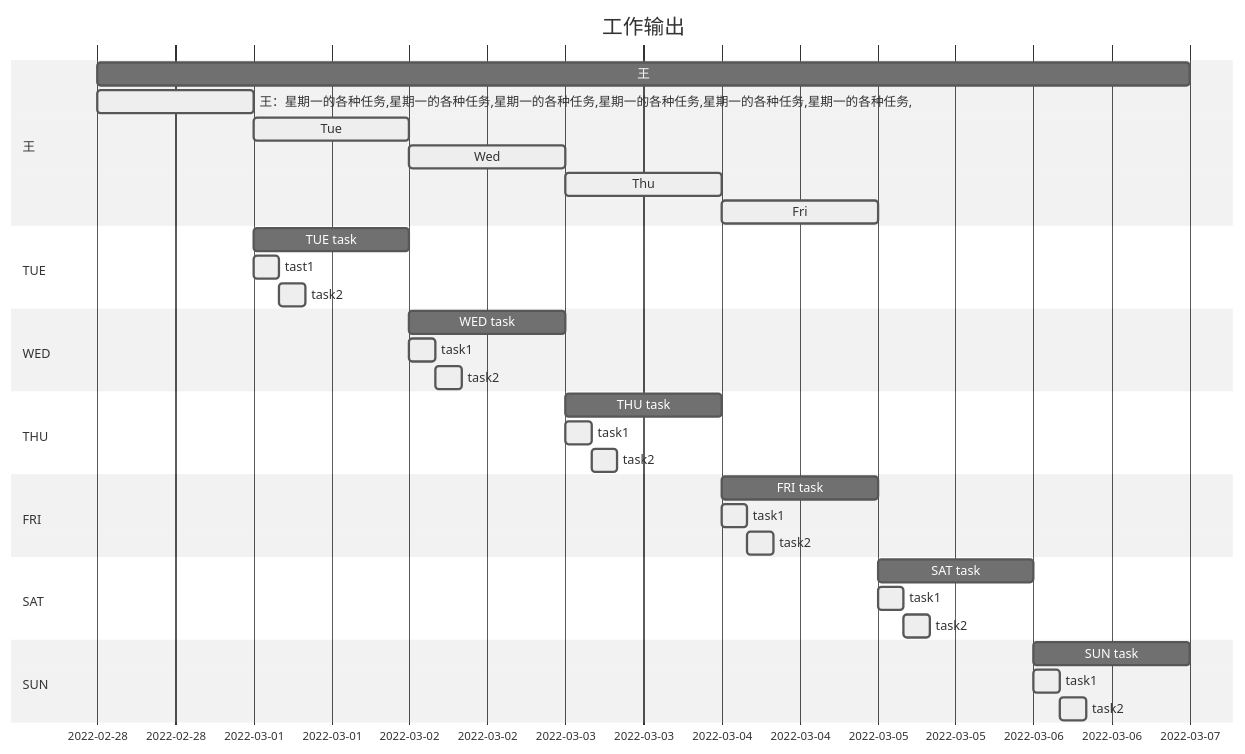
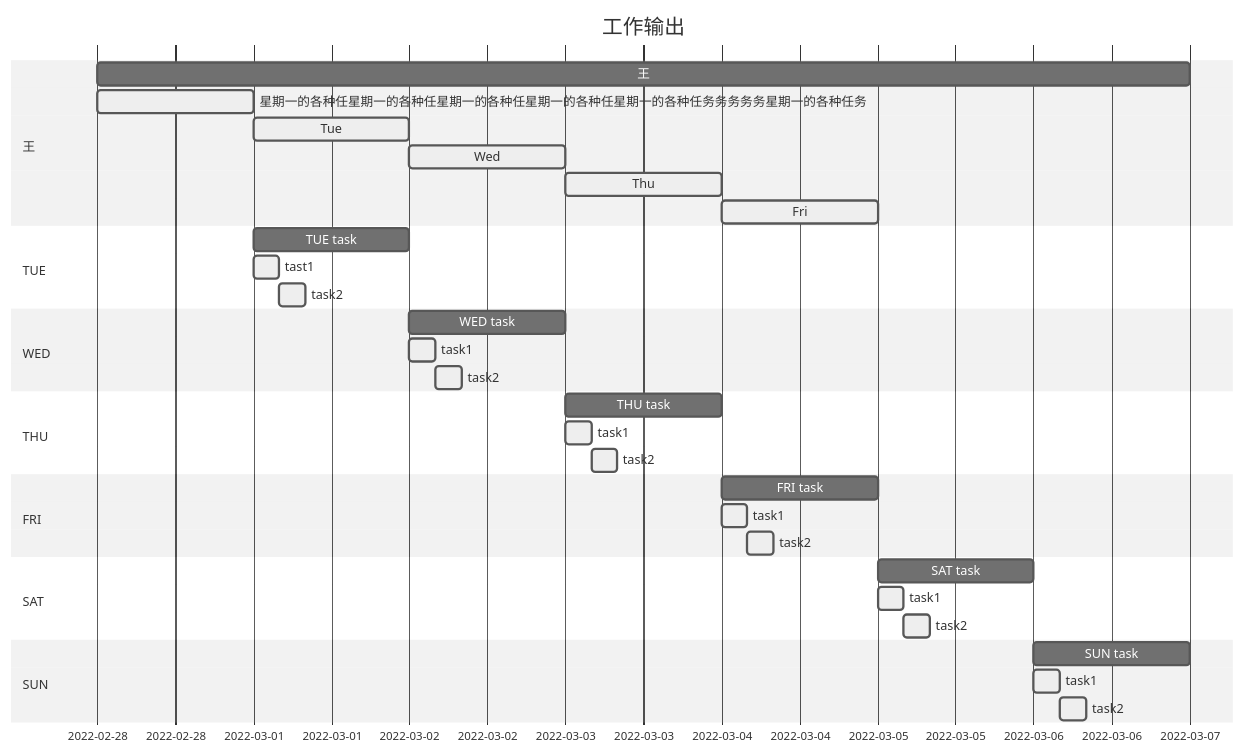
Before and after one commit to DC-Melo/README: the diagram in README.md, drawn with Mermaid (neutral theme).

````diff
--- a/README.md
+++ b/README.md
@@ -73,43 +73,43 @@
 ```mermaid
 gantt
     dateFormat  YYYY-MM-DD
     title 工作输出
 
     section 王
     王    : mon0p  , 2022-02-28 , 1w
-    王：星期一的各种任务,星期一的各种任务,星期一的各种任务,星期一的各种任务,星期一的各种任务,星期一的各种任务,        : active , mon1f    , 2022-02-28    , 1d
+    星期一的各种任星期一的各种任星期一的各种任星期一的各种任星期一的各种任务务务务务星期一的各种任务        : active , mon1f    , 2022-02-28    , 1d
     Tue        : active , mon2f    , after mon1f , 1d
     Wed        : active , mon3f    , after mon2f , 1d
     Thu        : active , mon4f    , after mon3f , 1d
     Fri        : active , mon5f    , after mon4f , 1d
 
     section TUE
     TUE task    : tue0p  , 2022-03-01 , 1d
     tast1       : active , tue1f    , 2022-03-01    , 4h
     task2       : active , tue2f    , after tue1f , 4h
 
     section WED
     WED task    : wed0p  , 2022-03-02 , 1d
     task1       : active , wed1f    , 2022-03-02    , 4h
     task2       : active , wed2f    , after wed1f , 4h
 
     section THU
     THU task    : thu0p  , 2022-03-03 , 1d
     task1       : active , thu1f    , 2022-03-03    , 4h
     task2       : active , thu2f    , after thu1f , 4h
 
     section FRI
     FRI task    : fri0p  , 2022-03-04 , 1d
     task1       : active , fri1f    , 2022-03-04    , 4h
     task2       : active , fri2f    , after fri1f , 4h
 
     section SAT
     SAT task    : sat0p  , 2022-03-05 , 1d
     task1       : active , sat1f    , 2022-03-05    , 4h
     task2       : active , sat2f    , after sat1f , 4h
 
     section SUN
     SUN task    : sun0p  , 2022-03-06 , 1d
     task1       : active , sun1f    , 2022-03-06    , 4h
     task2       : active , sun2f    , after sun1f , 4h
 ```
````
